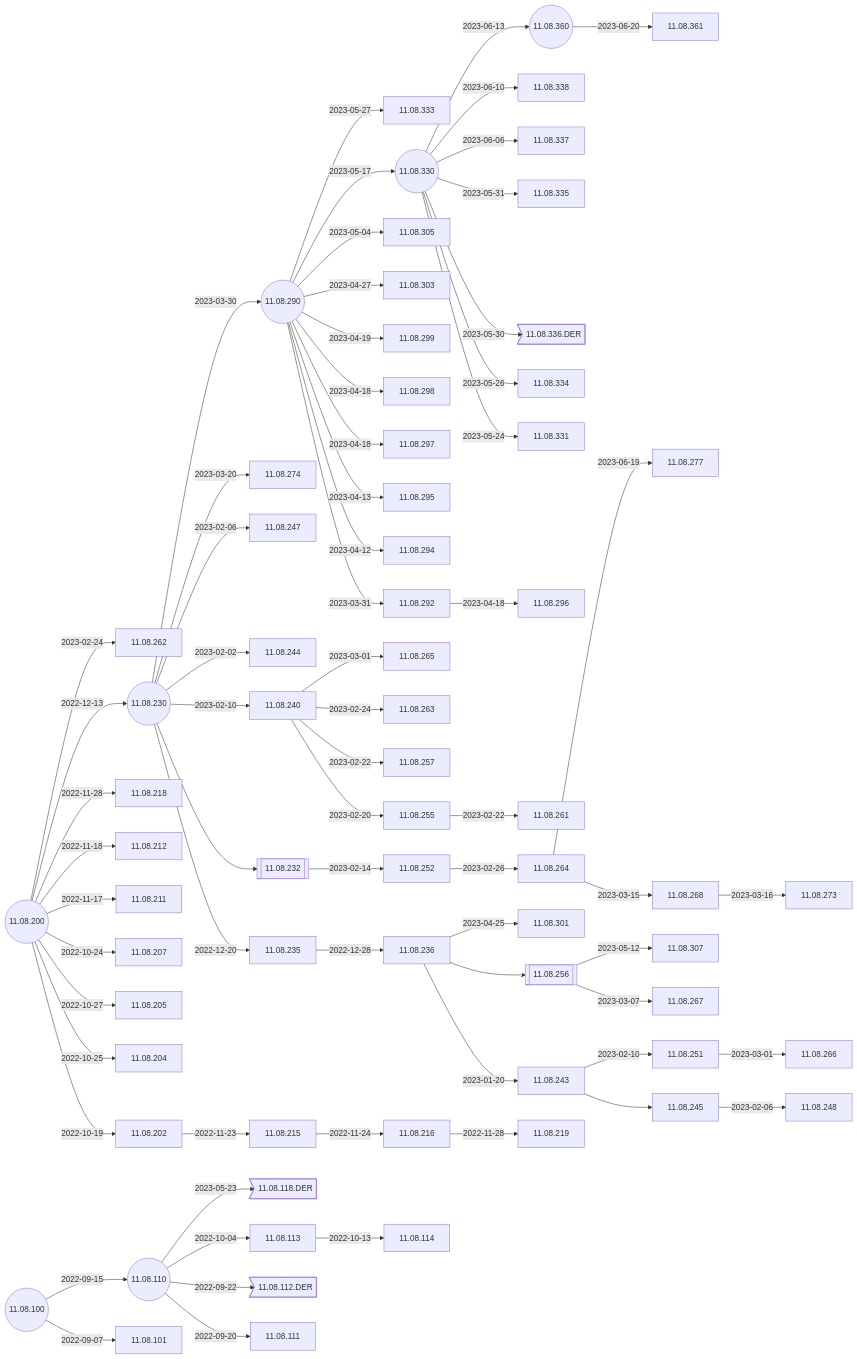
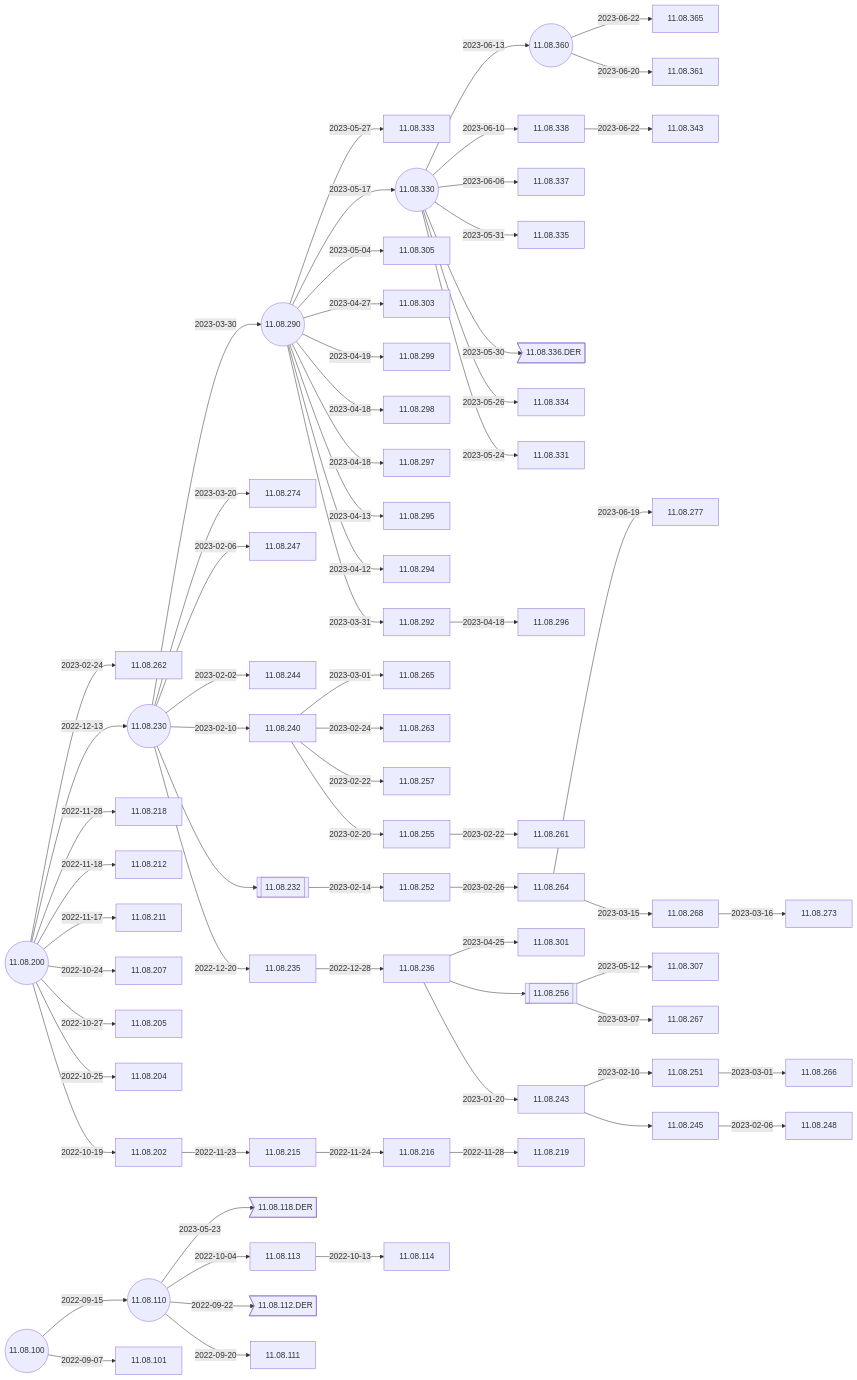
Before and after one commit to IGEL-Community/IGEL-Docs-v02: the second of 4 diagrams in docs/Docs/ReleaseNotes/01-OS11/README.md, drawn with Mermaid. The commit also changed 2 other files, not shown here.

Commit message:
11.08.365 < 11.08.360; 11.08.343 < 11.08.338; DRI3 to COSMOS FAQ

````diff
--- a/docs/Docs/ReleaseNotes/01-OS11/README.md
+++ b/docs/Docs/ReleaseNotes/01-OS11/README.md
@@ -39,5 +39,7 @@
 ```mermaid
 flowchart LR
+    11.08.338-- 2023-06-22 -->11.08.343
+    11.08.360-- 2023-06-22 -->11.08.365
     11.08.360-- 2023-06-20 -->11.08.361
     11.08.264-- 2023-06-19 -->11.08.277
     11.08.330-- 2023-06-13 -->11.08.360((11.08.360))
@@ -87,6 +89,8 @@
     11.08.110((11.08.110))-- 2022-09-22 -->11.08.112.DER>11.08.112.DER]
     11.08.100-- 2022-09-15 -->11.08.110-- 2022-09-20 -->11.08.111
     11.08.100((11.08.100))-- 2022-09-07 -->11.08.101
+    click 11.08.343 "https://github.com/IGEL-Community/IGEL-Docs-v02/tree/main/docs/Docs/ReleaseNotes/01-OS11/readme11.08.343.txt" _blank
+    click 11.08.365 "https://github.com/IGEL-Community/IGEL-Docs-v02/tree/main/docs/Docs/ReleaseNotes/01-OS11/readme11.08.365.txt" _blank
     click 11.08.361 "https://github.com/IGEL-Community/IGEL-Docs-v02/tree/main/docs/Docs/ReleaseNotes/01-OS11/readme11.08.361.txt" _blank
     click 11.08.277 "https://github.com/IGEL-Community/IGEL-Docs-v02/tree/main/docs/Docs/ReleaseNotes/01-OS11/readme11.08.277.txt" _blank
     click 11.08.360 "https://github.com/IGEL-Community/IGEL-Docs-v02/tree/main/docs/Docs/ReleaseNotes/01-OS11/readme11.08.360.txt" _blank
````
